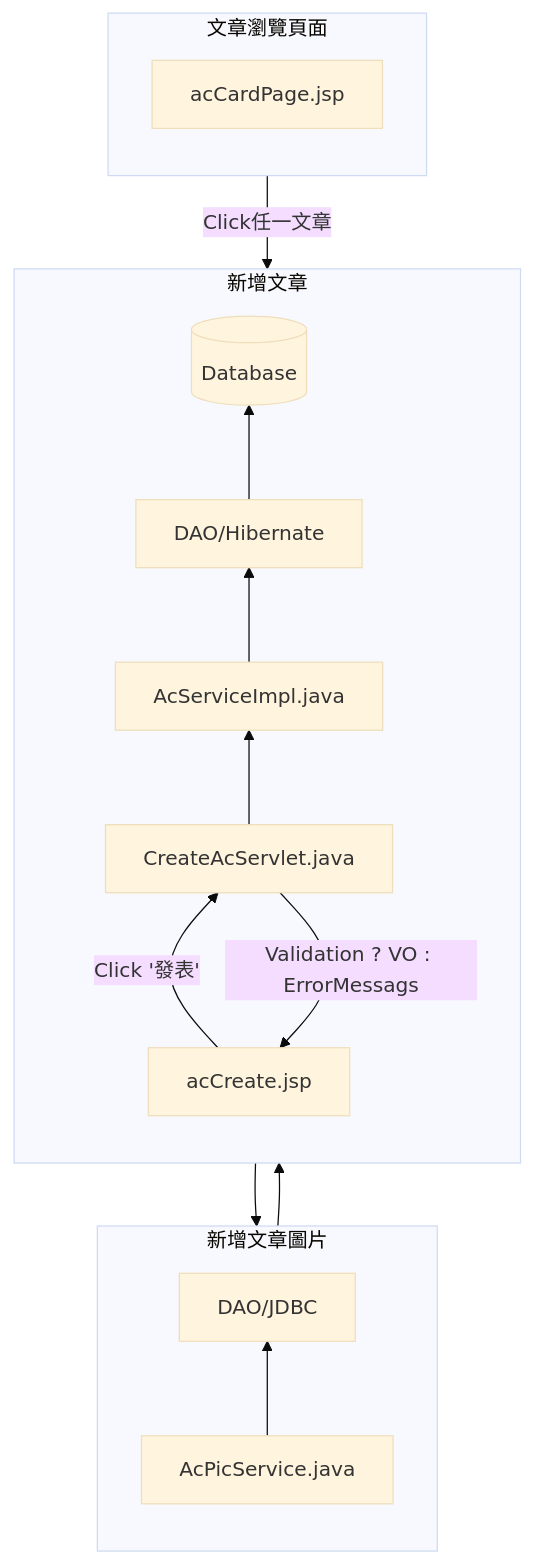
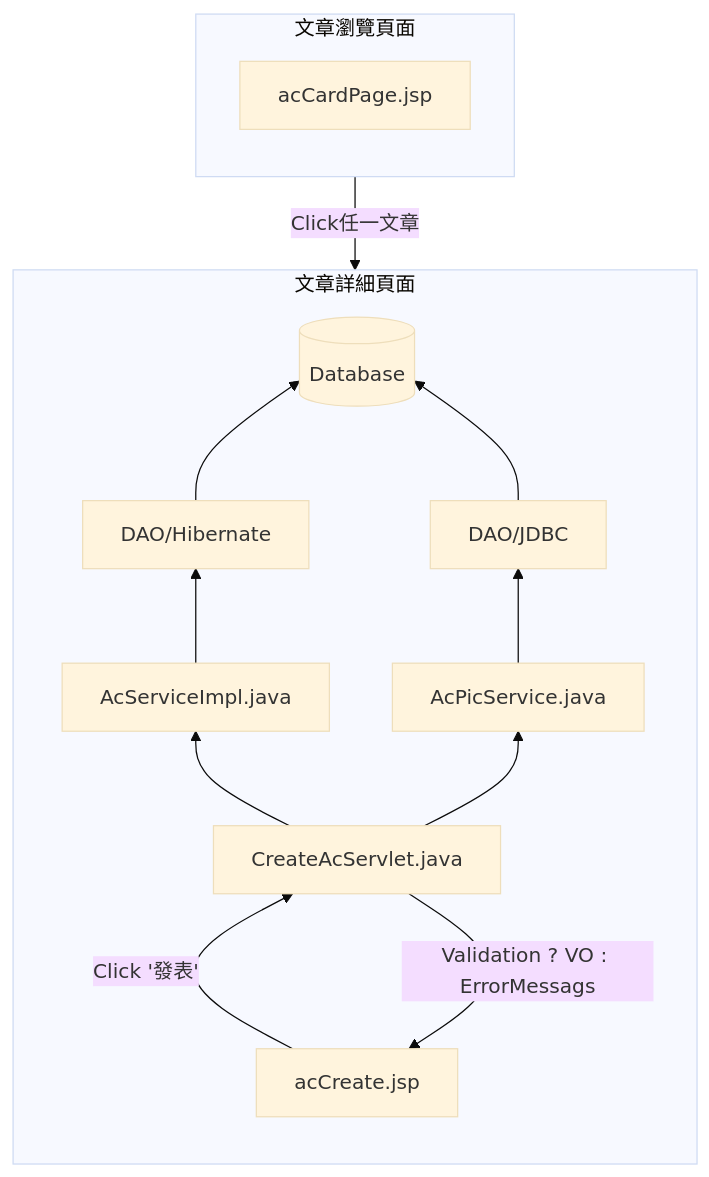
Diagram 11 of 12 in README.md (TLexYuW/CGA103G1OwnPart), drawn with Mermaid (base theme) before and after one commit.

Commit message:
LexVaultBackup: 2022-09-12 20:38:36
Affected files:
README.md

````diff
--- a/README.md
+++ b/README.md
@@ -263,24 +263,24 @@
 ```mermaid
 graph TB
 	
-	subgraph 新增文章
+	subgraph 文章詳細頁面
 	direction BT
 	acC[acCreate.jsp] -->|Click '發表'| CAS[CreateAcServlet.java] --> ASI[AcServiceImpl.java] 
 	--> H[DAO/Hibernate] --> DB[(Database)]
 	end
 	
-	subgraph 新增文章圖片
+	subgraph 文章詳細頁面
 	direction BT
 	CAS[CreateAcServlet.java] --> APS[AcPicService.java] 
 	--> DAO[DAO/JDBC] --> DB[(Database)]
 	end
 	
 	subgraph 文章瀏覽頁面
 	direction BT
 	acCP[acCardPage.jsp]
 	end
 	
 	acCP -->|Click任一文章| acC
 	CAS -->|Validation ? VO : ErrorMessags| acC
 
 ```
````
